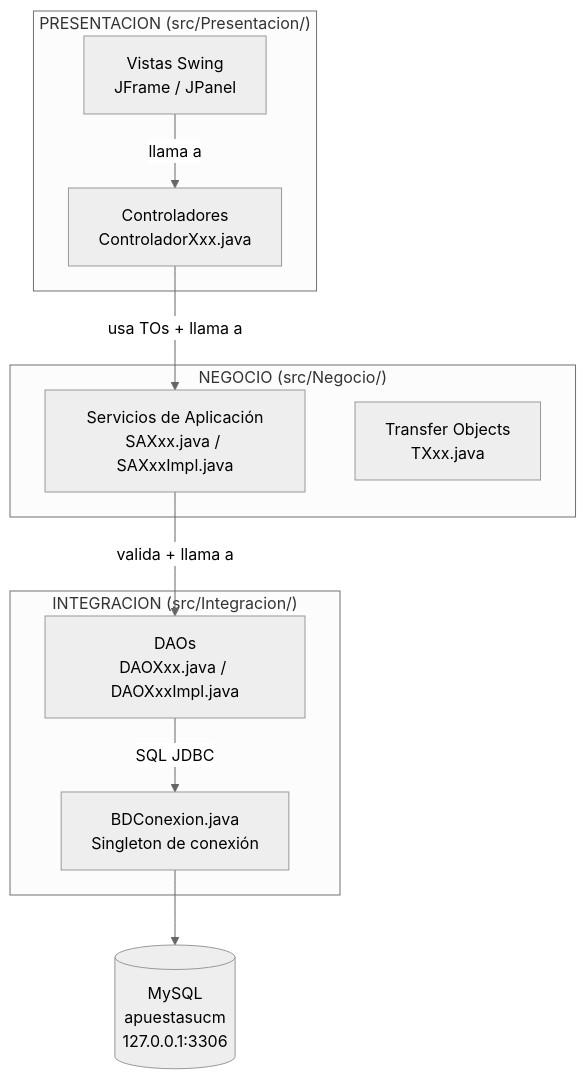
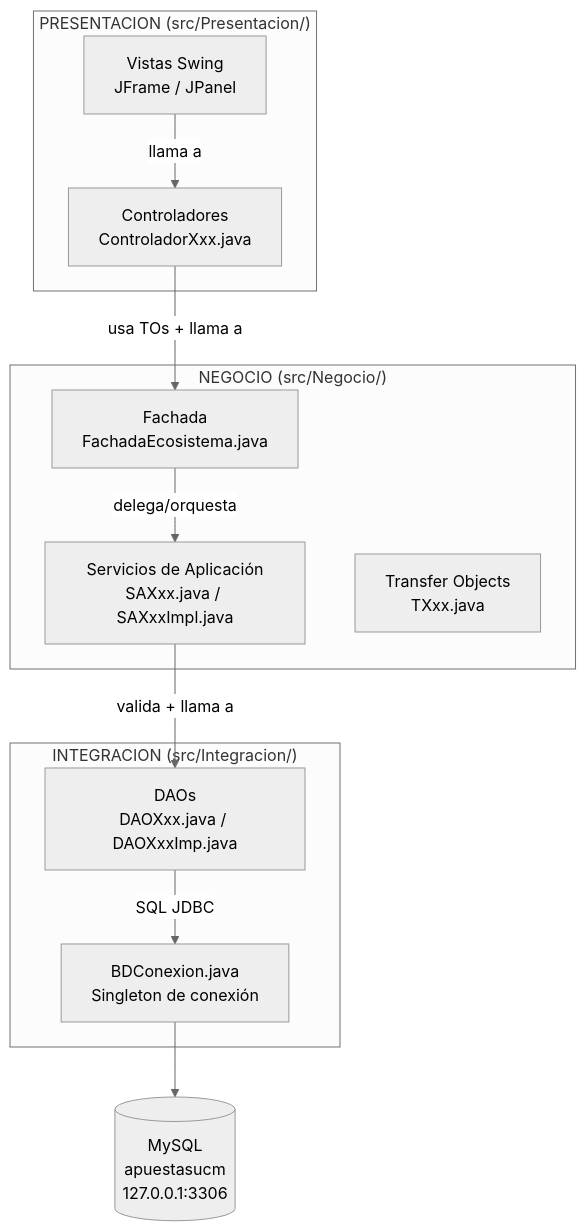
The first of 14 diagrams in guias/guiaCompleta.md (pelayp01/APUESTASUCM), drawn with Mermaid (neutral theme) before and after one commit. The commit also changed other lines of this file and 1 other file, not shown here.

````diff
--- a/guias/guiaCompleta.md
+++ b/guias/guiaCompleta.md
@@ -23,25 +24,27 @@
 ```mermaid
 graph TB
     subgraph "PRESENTACION (src/Presentacion/)"
         V[Vistas Swing\nJFrame / JPanel]
         C[Controladores\nControladorXxx.java]
     end
 
     subgraph "NEGOCIO (src/Negocio/)"
+        F[Fachada\nFachadaEcosistema.java]
         SA[Servicios de Aplicación\nSAXxx.java / SAXxxImpl.java]
         T[Transfer Objects\nTXxx.java]
     end
 
     subgraph "INTEGRACION (src/Integracion/)"
-        DAO[DAOs\nDAOXxx.java / DAOXxxImpl.java]
+        DAO[DAOs\nDAOXxx.java / DAOXxxImp.java]
         BD[BDConexion.java\nSingleton de conexión]
     end
 
     DB[(MySQL\napuestasucm\n127.0.0.1:3306)]
 
     V -- "llama a" --> C
-    C -- "usa TOs + llama a" --> SA
+    C -- "usa TOs + llama a" --> F
+    F -- "delega/orquesta" --> SA
     SA -- "valida + llama a" --> DAO
     DAO -- "SQL JDBC" --> BD
     BD --> DB
 ```
````
